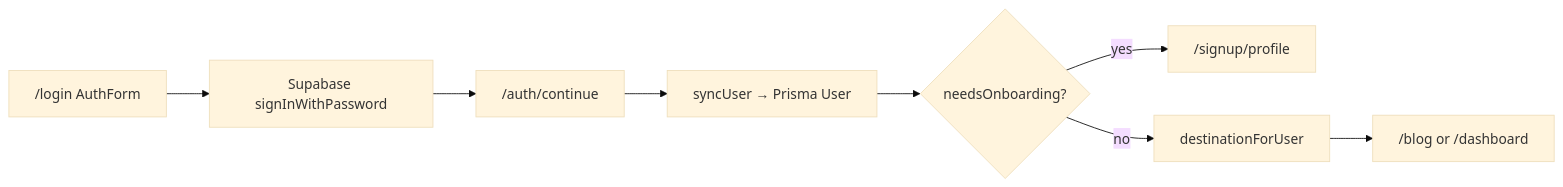
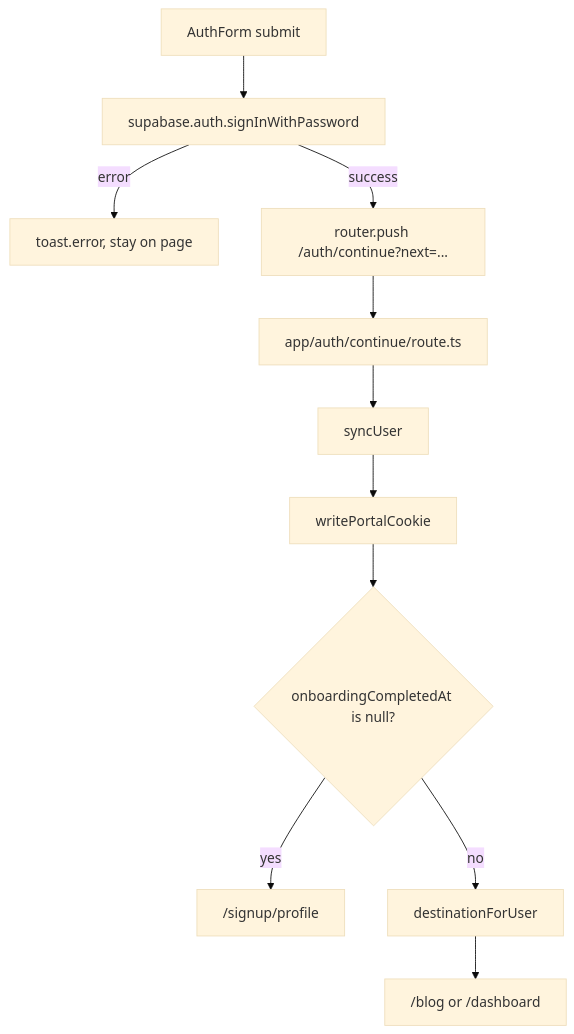
The fourth of 6 diagrams in docs/part-1.md (syamkumarmuvvala/HobbyEngineerDeck), drawn with Mermaid (base theme) before and after one commit. The commit also changed other lines of this file, not shown here.

Commit message:
Rewrite the part 1 guide for readers new to the Next.js stack.

````diff
--- a/docs/part-1.md
+++ b/docs/part-1.md
@@ -184,10 +853,13 @@
 ```mermaid
-flowchart LR
-  A["/login AuthForm"] --> B["Supabase signInWithPassword"]
-  B --> C["/auth/continue"]
-  C --> D["syncUser → Prisma User"]
-  D --> E{"needsOnboarding?"}
-  E -->|yes| F["/signup/profile"]
-  E -->|no| G["destinationForUser"]
-  G --> H["/blog or /dashboard"]
+flowchart TD
+  F["AuthForm submit"] --> SB["supabase.auth.signInWithPassword"]
+  SB -->|error| T["toast.error, stay on page"]
+  SB -->|success| C["router.push /auth/continue?next=..."]
+  C --> RH["app/auth/continue/route.ts"]
+  RH --> SY["syncUser"]
+  SY --> PC["writePortalCookie"]
+  PC --> D{"onboardingCompletedAt is null?"}
+  D -->|yes| P2["/signup/profile"]
+  D -->|no| DEST["destinationForUser"]
+  DEST --> HOME["/blog or /dashboard"]
 ```
````
